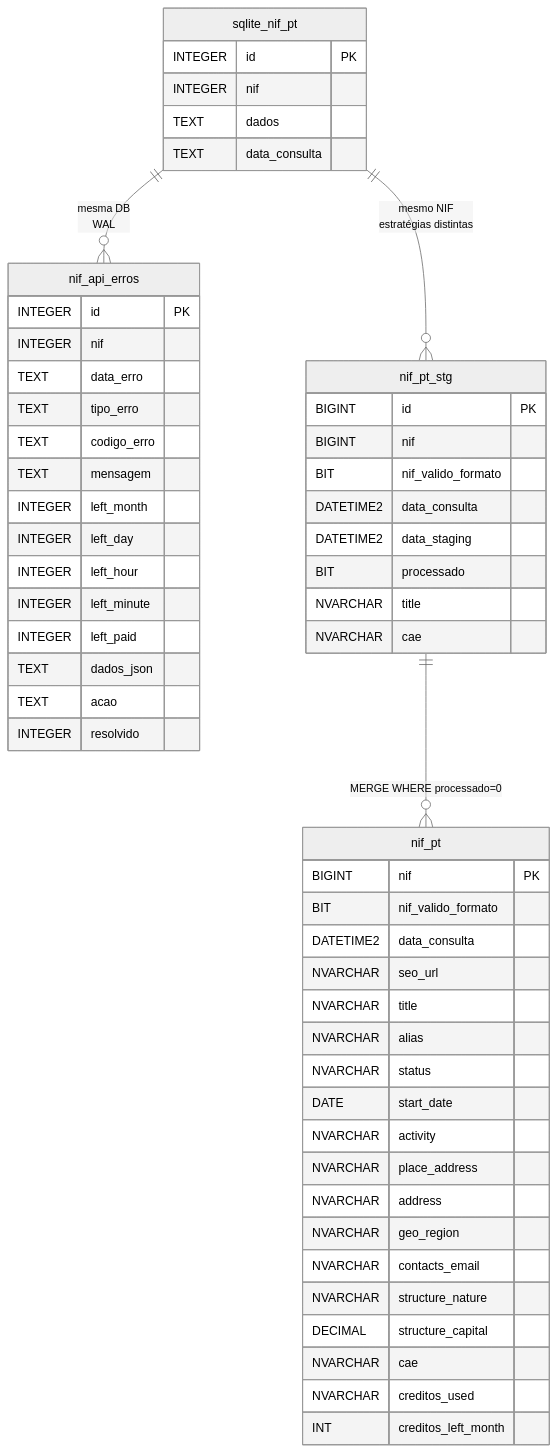
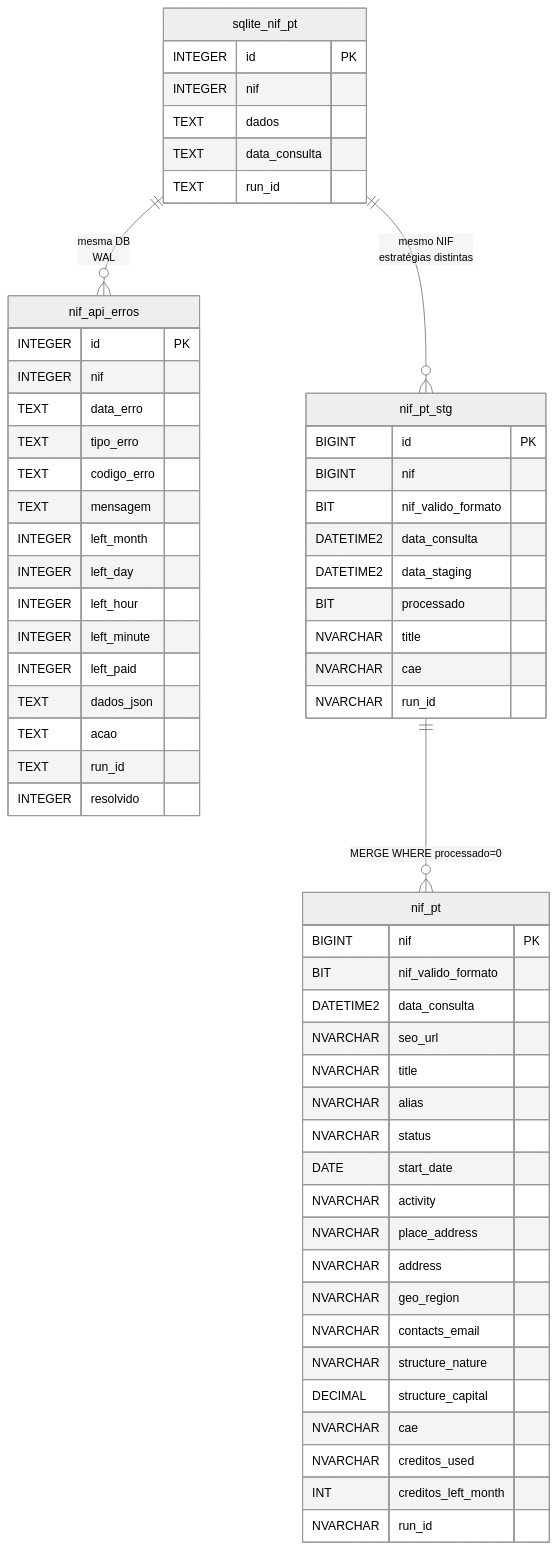
One commit to nunoetome/nif-pt changed the sixth of 7 diagrams in docs/technical.md. Above: the diagram before and after it, drawn with Mermaid (neutral theme). The commit also changed other lines of this file and 13 other files, not shown here.

````diff
--- a/docs/technical.md
+++ b/docs/technical.md
@@ -264,58 +287,62 @@
 ```mermaid
 erDiagram
     sqlite_nif_pt {
         INTEGER id PK
         INTEGER nif
         TEXT dados
         TEXT data_consulta
+        TEXT run_id
     }
     nif_api_erros {
         INTEGER id PK
         INTEGER nif
         TEXT data_erro
         TEXT tipo_erro
         TEXT codigo_erro
         TEXT mensagem
         INTEGER left_month
         INTEGER left_day
         INTEGER left_hour
         INTEGER left_minute
         INTEGER left_paid
         TEXT dados_json
         TEXT acao
+        TEXT run_id
         INTEGER resolvido
     }
     nif_pt {
         BIGINT nif PK
         BIT nif_valido_formato
         DATETIME2 data_consulta
         NVARCHAR seo_url
         NVARCHAR title
         NVARCHAR alias
         NVARCHAR status
         DATE start_date
         NVARCHAR activity
         NVARCHAR place_address
         NVARCHAR address
         NVARCHAR geo_region
         NVARCHAR contacts_email
         NVARCHAR structure_nature
         DECIMAL structure_capital
         NVARCHAR cae
         NVARCHAR creditos_used
         INT creditos_left_month
+        NVARCHAR run_id
     }
     nif_pt_stg {
         BIGINT id PK
         BIGINT nif
         BIT nif_valido_formato
         DATETIME2 data_consulta
         DATETIME2 data_staging
         BIT processado
         NVARCHAR title
         NVARCHAR cae
+        NVARCHAR run_id
     }
     nif_pt_stg ||--o{ nif_pt : "MERGE WHERE processado=0"
     sqlite_nif_pt ||--o{ nif_pt_stg : "mesmo NIF<br/>estratégias distintas"
     sqlite_nif_pt ||--o{ nif_api_erros : "mesma DB<br/>WAL"
 ```
````
